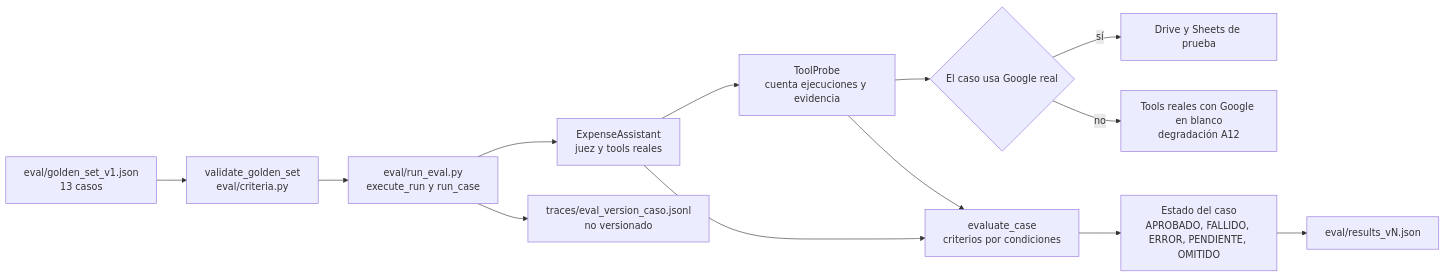
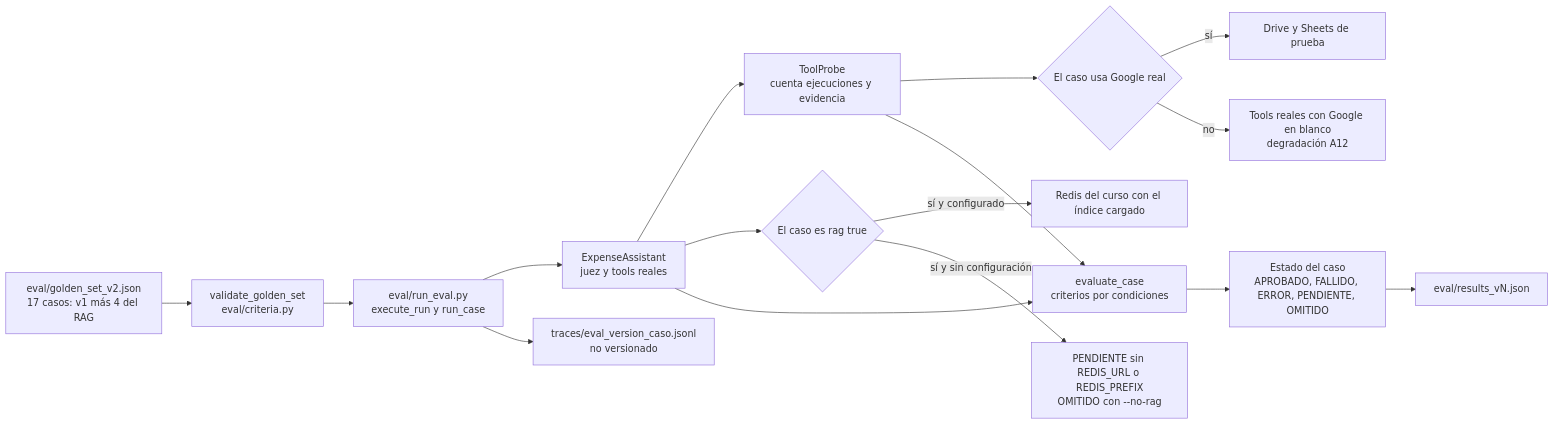
One commit to gherrerz/Claude-telegram-expense-tracker changed diagram 16 of 16 in docs/solution_architecture.md. Above: the diagram before and after it, drawn with Mermaid. The commit also changed other lines of this file and 14 other files, not shown here.

Commit message:
feat(eval): add golden set v2 with rag cases and update architecture docs (stage 15)

````diff
--- a/docs/solution_architecture.md
+++ b/docs/solution_architecture.md
@@ -800,28 +953,34 @@
 ```mermaid
 flowchart LR
-    GS["eval/golden_set_v1.json<br/>13 casos"]
+    GS["eval/golden_set_v2.json<br/>17 casos: v1 más 4 del RAG"]
     VAL["validate_golden_set<br/>eval/criteria.py"]
     RUN["eval/run_eval.py<br/>execute_run y run_case"]
     ASS["ExpenseAssistant<br/>juez y tools reales"]
     PROBE["ToolProbe<br/>cuenta ejecuciones y evidencia"]
     GOOG{"El caso usa Google real"}
     REAL["Drive y Sheets de prueba"]
     BLK["Tools reales con Google en blanco<br/>degradación A12"]
+    RAGQ{"El caso es rag true"}
+    RDOK["Redis del curso con el índice cargado"]
+    RDNO["PENDIENTE sin REDIS_URL o REDIS_PREFIX<br/>OMITIDO con --no-rag"]
     CRI["evaluate_case<br/>criterios por condiciones"]
     EST["Estado del caso<br/>APROBADO, FALLIDO, ERROR, PENDIENTE, OMITIDO"]
     OUT["eval/results_vN.json"]
     TRC["traces/eval_version_caso.jsonl<br/>no versionado"]
 
     GS --> VAL
     VAL --> RUN
     RUN --> ASS
     ASS --> PROBE
     PROBE --> GOOG
     GOOG -->|"sí"| REAL
     GOOG -->|"no"| BLK
+    ASS --> RAGQ
+    RAGQ -->|"sí y configurado"| RDOK
+    RAGQ -->|"sí y sin configuración"| RDNO
     ASS --> CRI
     PROBE --> CRI
     CRI --> EST
     EST --> OUT
     RUN --> TRC
 ```
````
